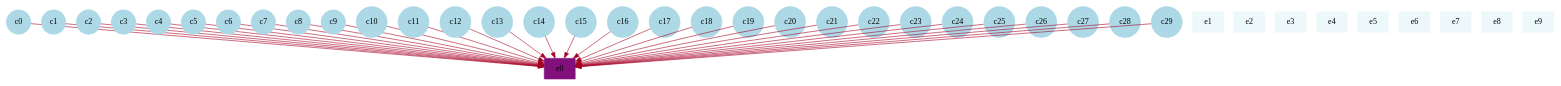
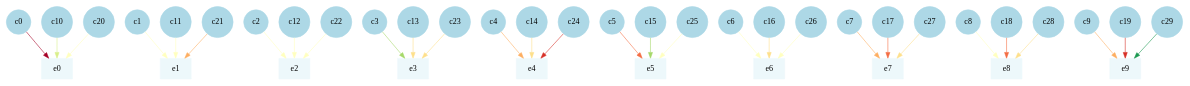
One commit to SistemasDistribuidosLab/cdn changed the diagram in grafo.dot. Above: the diagram before and after it, drawn with Graphviz. The commit also changed 8 other files, not shown here.

```diff
--- a/grafo.dot
+++ b/grafo.dot
@@ -1,73 +1,73 @@
 digraph G {
 	splines=false;
 	c0[shape=circle, color=lightblue,style=filled];
 	c1[shape=circle, color=lightblue,style=filled];
 	c2[shape=circle, color=lightblue,style=filled];
 	c3[shape=circle, color=lightblue,style=filled];
 	c4[shape=circle, color=lightblue,style=filled];
 	c5[shape=circle, color=lightblue,style=filled];
 	c6[shape=circle, color=lightblue,style=filled];
 	c7[shape=circle, color=lightblue,style=filled];
 	c8[shape=circle, color=lightblue,style=filled];
 	c9[shape=circle, color=lightblue,style=filled];
 	c10[shape=circle, color=lightblue,style=filled];
 	c11[shape=circle, color=lightblue,style=filled];
 	c12[shape=circle, color=lightblue,style=filled];
 	c13[shape=circle, color=lightblue,style=filled];
 	c14[shape=circle, color=lightblue,style=filled];
 	c15[shape=circle, color=lightblue,style=filled];
 	c16[shape=circle, color=lightblue,style=filled];
 	c17[shape=circle, color=lightblue,style=filled];
 	c18[shape=circle, color=lightblue,style=filled];
 	c19[shape=circle, color=lightblue,style=filled];
 	c20[shape=circle, color=lightblue,style=filled];
 	c21[shape=circle, color=lightblue,style=filled];
 	c22[shape=circle, color=lightblue,style=filled];
 	c23[shape=circle, color=lightblue,style=filled];
 	c24[shape=circle, color=lightblue,style=filled];
 	c25[shape=circle, color=lightblue,style=filled];
 	c26[shape=circle, color=lightblue,style=filled];
 	c27[shape=circle, color=lightblue,style=filled];
 	c28[shape=circle, color=lightblue,style=filled];
 	c29[shape=circle, color=lightblue,style=filled];
-	e0[shape=box, color="#810f7c",style=filled];
+	e0[shape=box, color="#edf8fb",style=filled];
 	e1[shape=box, color="#edf8fb",style=filled];
 	e2[shape=box, color="#edf8fb",style=filled];
 	e3[shape=box, color="#edf8fb",style=filled];
 	e4[shape=box, color="#edf8fb",style=filled];
 	e5[shape=box, color="#edf8fb",style=filled];
 	e6[shape=box, color="#edf8fb",style=filled];
 	e7[shape=box, color="#edf8fb",style=filled];
 	e8[shape=box, color="#edf8fb",style=filled];
 	e9[shape=box, color="#edf8fb",style=filled];
 	"c0" -> "e0"[color="#a50026"];
-	"c1" -> "e0"[color="#a50026"];
-	"c2" -> "e0"[color="#a50026"];
-	"c3" -> "e0"[color="#a50026"];
-	"c4" -> "e0"[color="#a50026"];
-	"c5" -> "e0"[color="#a50026"];
-	"c6" -> "e0"[color="#a50026"];
-	"c7" -> "e0"[color="#a50026"];
-	"c8" -> "e0"[color="#a50026"];
-	"c9" -> "e0"[color="#a50026"];
-	"c10" -> "e0"[color="#a50026"];
-	"c11" -> "e0"[color="#a50026"];
-	"c12" -> "e0"[color="#a50026"];
-	"c13" -> "e0"[color="#a50026"];
-	"c14" -> "e0"[color="#a50026"];
-	"c15" -> "e0"[color="#a50026"];
-	"c16" -> "e0"[color="#a50026"];
-	"c17" -> "e0"[color="#a50026"];
-	"c18" -> "e0"[color="#a50026"];
-	"c19" -> "e0"[color="#a50026"];
-	"c20" -> "e0"[color="#a50026"];
-	"c21" -> "e0"[color="#a50026"];
-	"c22" -> "e0"[color="#a50026"];
-	"c23" -> "e0"[color="#a50026"];
-	"c24" -> "e0"[color="#a50026"];
-	"c25" -> "e0"[color="#a50026"];
-	"c26" -> "e0"[color="#a50026"];
-	"c27" -> "e0"[color="#a50026"];
-	"c28" -> "e0"[color="#a50026"];
-	"c29" -> "e0"[color="#a50026"];
+	"c1" -> "e1"[color="#ffffbf"];
+	"c2" -> "e2"[color="#ffffbf"];
+	"c3" -> "e3"[color="#a6d96a"];
+	"c4" -> "e4"[color="#fdae61"];
+	"c5" -> "e5"[color="#f46d43"];
+	"c6" -> "e6"[color="#ffffbf"];
+	"c7" -> "e7"[color="#fdae61"];
+	"c8" -> "e8"[color="#ffffbf"];
+	"c9" -> "e9"[color="#fdae61"];
+	"c10" -> "e0"[color="#d9ef8b"];
+	"c11" -> "e1"[color="#ffffbf"];
+	"c12" -> "e2"[color="#ffffbf"];
+	"c13" -> "e3"[color="#fee08b"];
+	"c14" -> "e4"[color="#fee08b"];
+	"c15" -> "e5"[color="#a6d96a"];
+	"c16" -> "e6"[color="#fee08b"];
+	"c17" -> "e7"[color="#f46d43"];
+	"c18" -> "e8"[color="#f46d43"];
+	"c19" -> "e9"[color="#d73027"];
+	"c20" -> "e0"[color="#ffffbf"];
+	"c21" -> "e1"[color="#fdae61"];
+	"c22" -> "e2"[color="#ffffbf"];
+	"c23" -> "e3"[color="#fee08b"];
+	"c24" -> "e4"[color="#d73027"];
+	"c25" -> "e5"[color="#ffffbf"];
+	"c26" -> "e6"[color="#ffffbf"];
+	"c27" -> "e7"[color="#fee08b"];
+	"c28" -> "e8"[color="#fee08b"];
+	"c29" -> "e9"[color="#1a9850"];
 }
```
